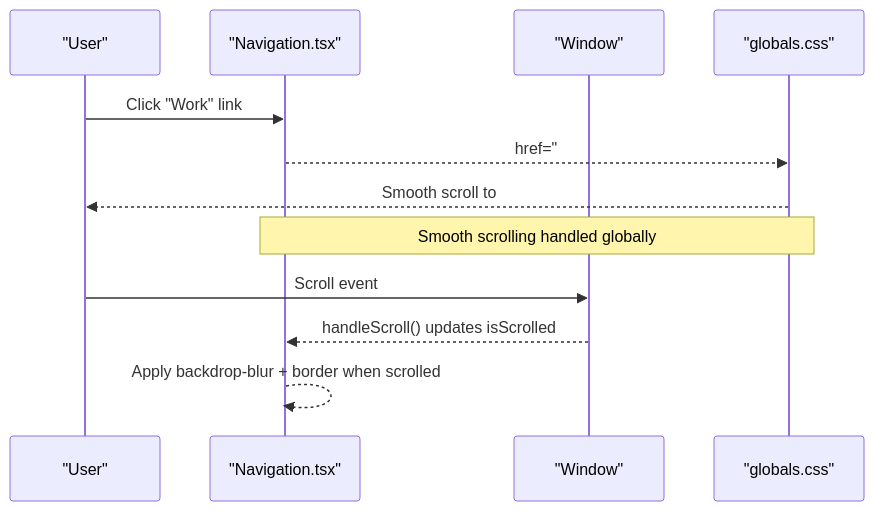
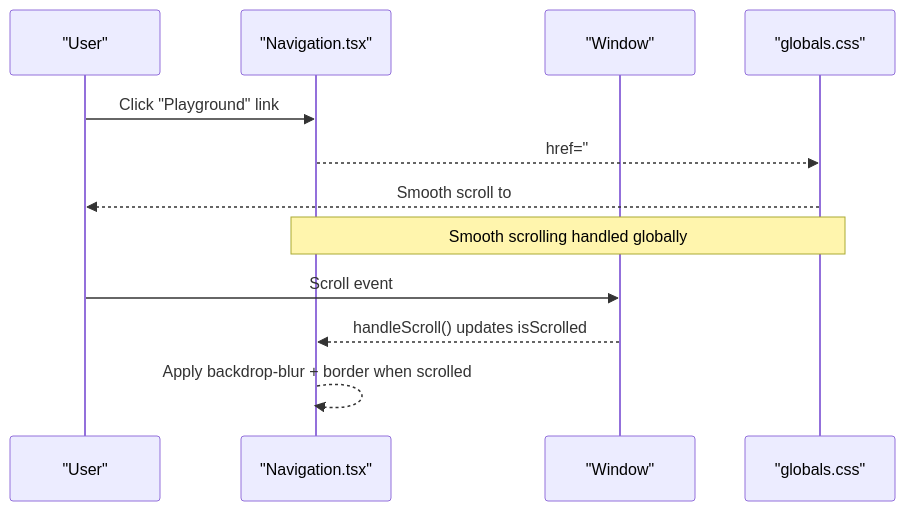
One commit to tee-15/portfolio-tee changed the second of 9 diagrams in .qoder/repowiki/en/content/Core Components/Navigation Component.md. Above: the diagram before and after it, drawn with Mermaid. The commit also changed other lines of this file and 27 other files, not shown here.

````diff
--- a/.qoder/repowiki/en/content/Core Components/Navigation Component.md
+++ b/.qoder/repowiki/en/content/Core Components/Navigation Component.md
@@ -75,14 +84,14 @@
 ```mermaid
 sequenceDiagram
 participant User as "User"
 participant Nav as "Navigation.tsx"
 participant Window as "Window"
 participant CSS as "globals.css"
-User->>Nav : Click "Work" link
-Nav-->>CSS : href="#work" triggers anchor
-CSS-->>User : Smooth scroll to #work
+User->>Nav : Click "Playground" link
+Nav-->>CSS : href="#playground" triggers anchor
+CSS-->>User : Smooth scroll to #playground
 Note over Nav,CSS : Smooth scrolling handled globally
 User->>Window : Scroll event
 Window-->>Nav : handleScroll() updates isScrolled
 Nav-->>Nav : Apply backdrop-blur + border when scrolled
 ```
````
